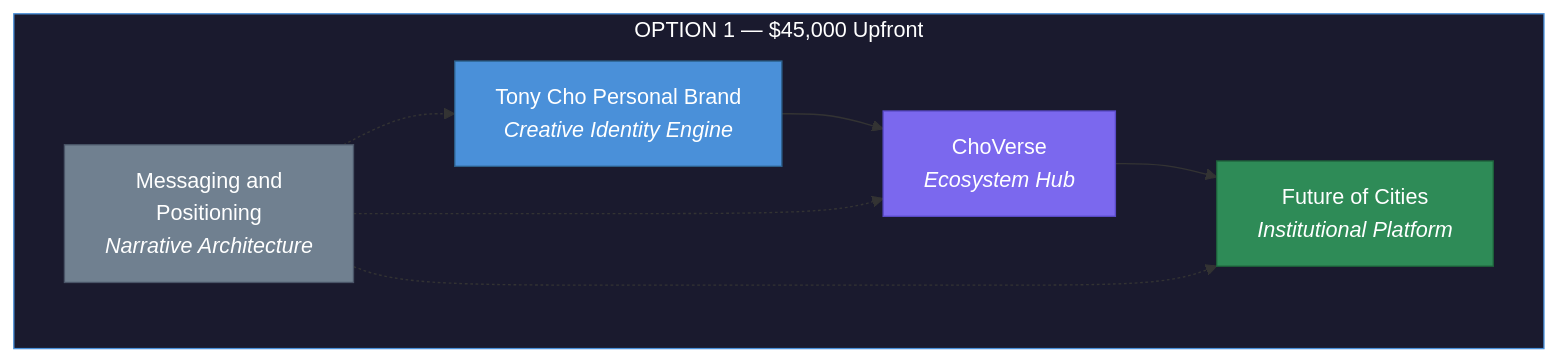
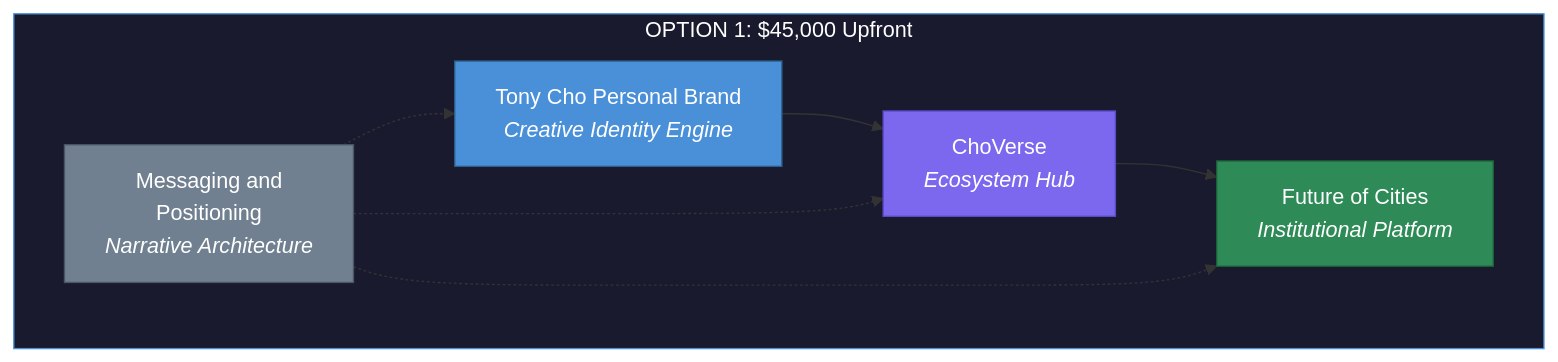
One commit to Light-Brands/brand-factory changed the seventh of 15 diagrams in brands/cho-ventures-ai/spec/CHO-VENTURES-FINAL-PRICING-STRATEGY.md. Above: the diagram before and after it, drawn with Mermaid. The commit also changed other lines of this file and 1 other file, not shown here.

````diff
--- a/brands/cho-ventures-ai/spec/CHO-VENTURES-FINAL-PRICING-STRATEGY.md
+++ b/brands/cho-ventures-ai/spec/CHO-VENTURES-FINAL-PRICING-STRATEGY.md
@@ -561,21 +561,21 @@
 ```mermaid
 flowchart TD
-    subgraph OPT1["OPTION 1 — $45,000 Upfront"]
+    subgraph OPT1["OPTION 1: $45,000 Upfront"]
         TC["Tony Cho Personal Brand<br/><i>Creative Identity Engine</i>"]
         CV["ChoVerse<br/><i>Ecosystem Hub</i>"]
         FOC["Future of Cities<br/><i>Institutional Platform</i>"]
         MSG["Messaging and<br/>Positioning<br/><i>Narrative Architecture</i>"]
     end
 
     TC --> CV
     CV --> FOC
     MSG -.-> TC
     MSG -.-> CV
     MSG -.-> FOC
 
     style TC fill:#4A90D9,stroke:#2C5F8A,color:#fff
     style CV fill:#7B68EE,stroke:#5A4BC7,color:#fff
     style FOC fill:#2E8B57,stroke:#1D5E3A,color:#fff
     style MSG fill:#708090,stroke:#4A5568,color:#fff
     style OPT1 fill:#1a1a2e,stroke:#4A90D9,color:#fff
 ```
````
